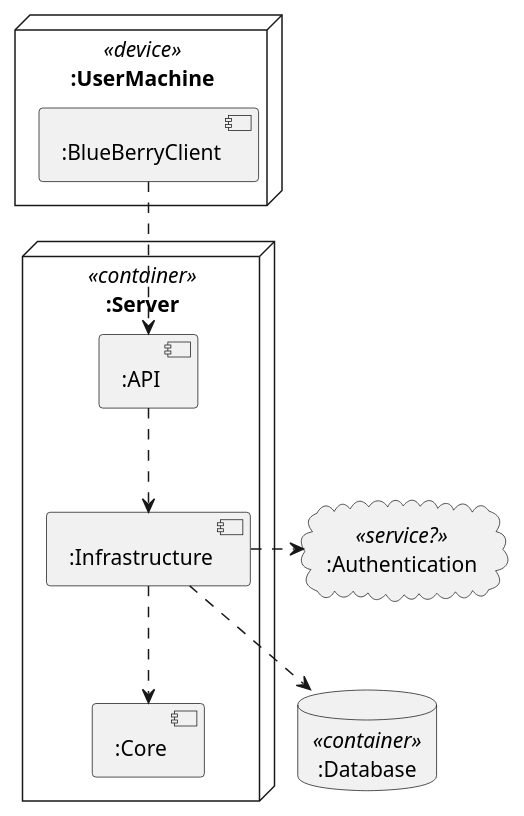
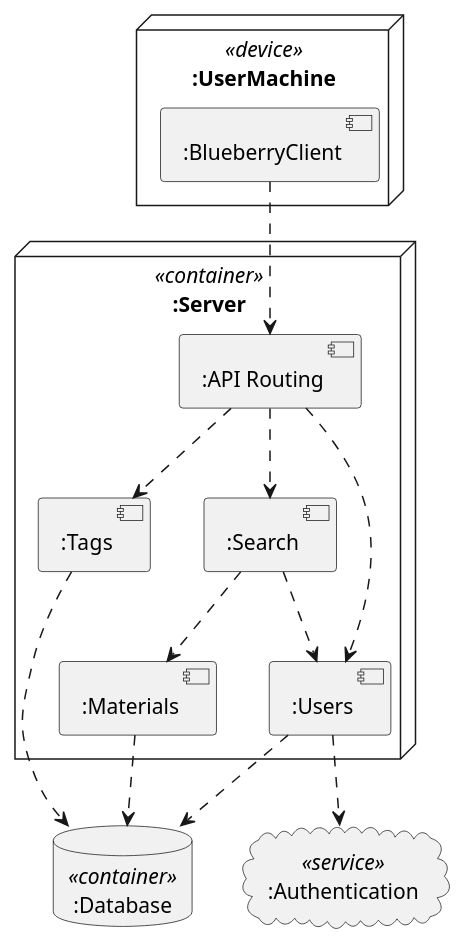
The diagram in docs/uml/deployment.puml (toffernator/blueberry), drawn with PlantUML before and after one commit. The commit also changed other lines of this file and 1 other file, not shown here.

```diff
--- a/docs/uml/deployment.puml
+++ b/docs/uml/deployment.puml
@@ -1,25 +1,33 @@
 @startuml
 node ":UserMachine" <<device>> {
-     component ":BlueBerryClient" as client
+     component ":BlueberryClient" as client
 }
+
 node ":Server" <<container>> {
-     component ":API" as api
-     component ":Core" as core
-     component ":Infrastructure" as infra
+     component ":API Routing" as api
+     component ":Materials" as materials
+     component ":Users" as users
+     component ":Tags" as tags
+     component ":Search" as search
 }
+
 database ":Database" <<container>> as db
-cloud ":Authentication" <<service?>> as auth
-
-
-         
-client -.> api
-api -.> infra 
-infra -.> db
-infra -.> core
-infra -right.> auth
+cloud ":Authentication" <<service>> as auth
 
 
 
+client -.> api
+api -.> search
+api -.> users
+api -.> tags
 
+search -.> materials
+search -.> users
+
+materials -.> db
+tags -.> db
+users -.> db
+
+users -.> auth
 
 @enduml
```
